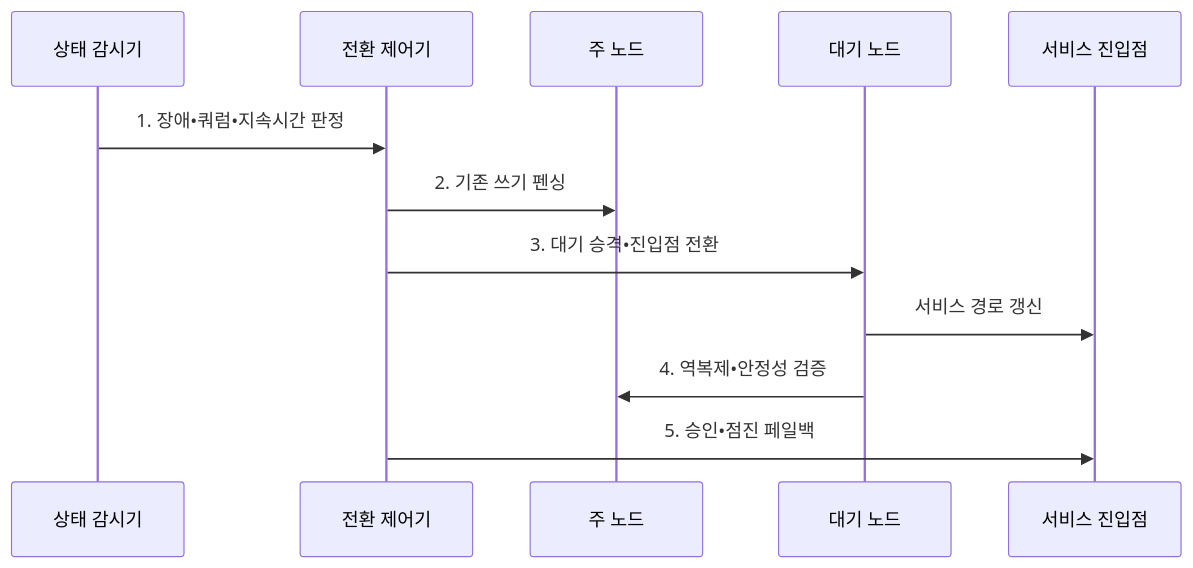
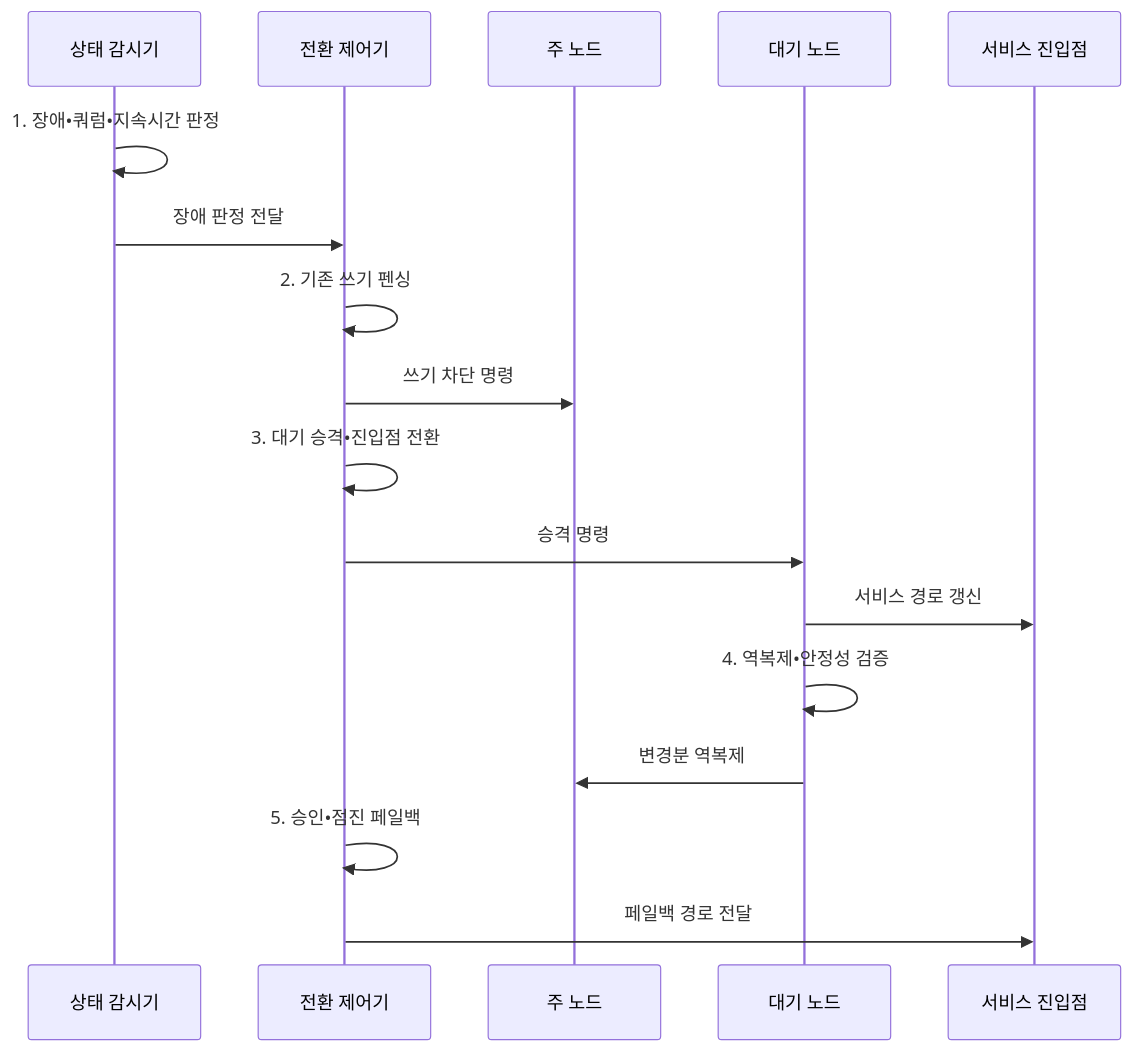
Before and after one commit to agnusdei1207/knowledge-base: the second of 2 diagrams in src/content/docs/notes/06-evaluation/022_auto_failover_failback.md, drawn with Mermaid. The commit also changed other lines of this file and 20 other files, not shown here.

````diff
--- a/src/content/docs/notes/06-evaluation/022_auto_failover_failback.md
+++ b/src/content/docs/notes/06-evaluation/022_auto_failover_failback.md
@@ -105,14 +105,19 @@
 ```mermaid
 sequenceDiagram
   participant M as 상태 감시기
   participant C as 전환 제어기
   participant P as 주 노드
   participant S as 대기 노드
   participant E as 서비스 진입점
-  M->>C: 1. 장애•쿼럼•지속시간 판정
-  C->>P: 2. 기존 쓰기 펜싱
-  C->>S: 3. 대기 승격•진입점 전환
+  M->>M: 1. 장애•쿼럼•지속시간 판정
+  M->>C: 장애 판정 전달
+  C->>C: 2. 기존 쓰기 펜싱
+  C->>P: 쓰기 차단 명령
+  C->>C: 3. 대기 승격•진입점 전환
+  C->>S: 승격 명령
   S->>E: 서비스 경로 갱신
-  S->>P: 4. 역복제•안정성 검증
-  C->>E: 5. 승인•점진 페일백
+  S->>S: 4. 역복제•안정성 검증
+  S->>P: 변경분 역복제
+  C->>C: 5. 승인•점진 페일백
+  C->>E: 페일백 경로 전달
 ```
````
